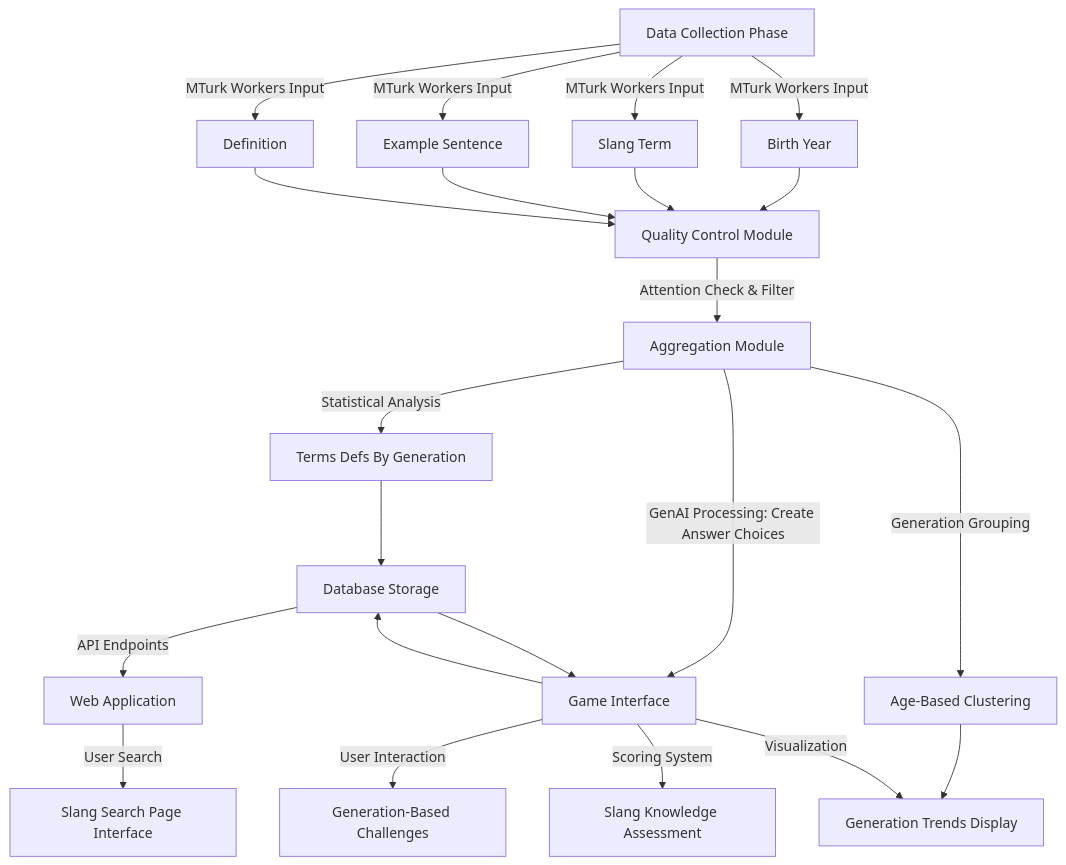
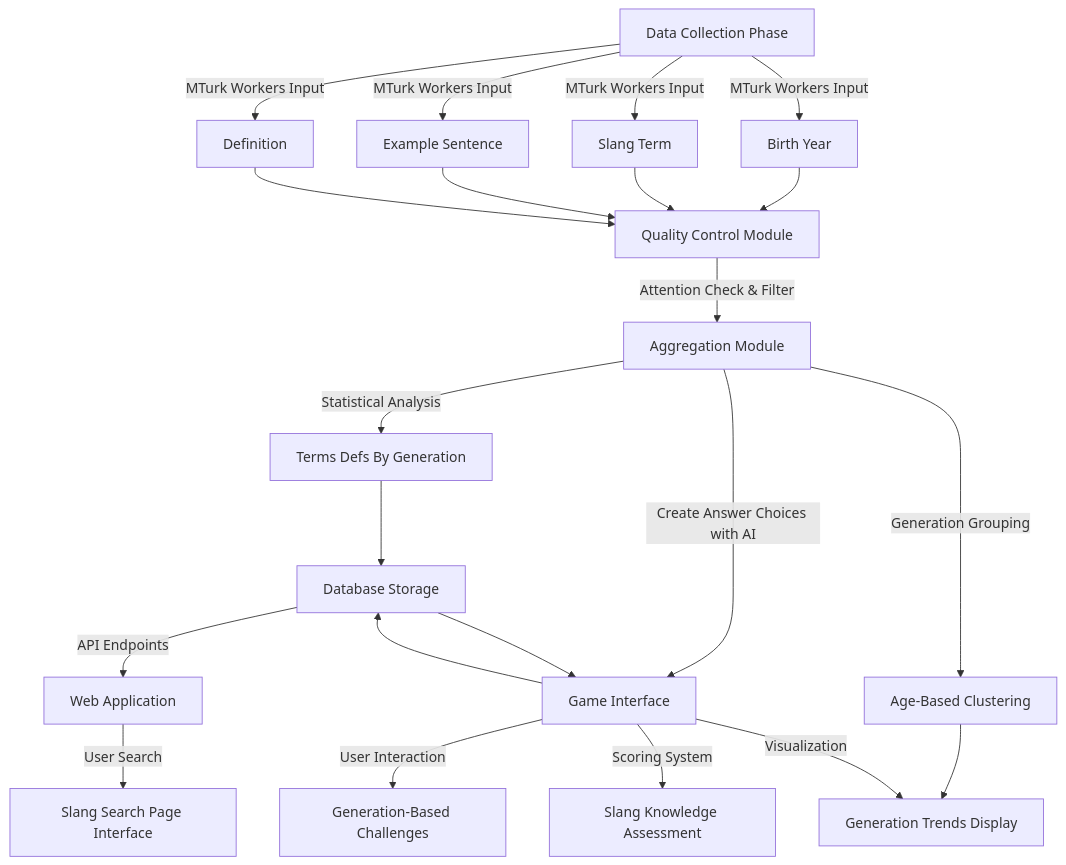
One commit to qareeb19/nets-2130 changed the diagram in flowchat2.md. Above: the diagram before and after it, drawn with Mermaid.

````diff
--- a/flowchat2.md
+++ b/flowchat2.md
@@ -1,32 +1,32 @@
 ```mermaid
 flowchart TD
     A[Data Collection Phase] --> |MTurk Workers Input| A1[Birth Year]
     A --> |MTurk Workers Input| A2[Slang Term]
     A --> |MTurk Workers Input| A3[Example Sentence]
     A --> |MTurk Workers Input| A4[Definition]
 
     A1 --> B[Quality Control Module]
     A2 --> B
     A3 --> B
     A4 --> B
 
     B --> |Attention Check & Filter| C[Aggregation Module]
 
     C --> |Statistical Analysis| C2[Terms Defs By Generation]
     C --> |Generation Grouping| C3[Age-Based Clustering]
 
 
 
     C2 --> E
     C3 --> D3
 
-    C --> |GenAI Processing: Create Answer Choices| D[Game Interface]
+    C --> |Create Answer Choices with AI| D[Game Interface]
     D --> |User Interaction| D1[Generation-Based Challenges]
     D --> |Scoring System| D2[Slang Knowledge Assessment]
     D --> |Visualization| D3[Generation Trends Display]
 
     D --> E[Database Storage]
     E --> D
     E --> |API Endpoints| F[Web Application]
     F --> |User Search| G[Slang Search Page Interface]
 ```
````
